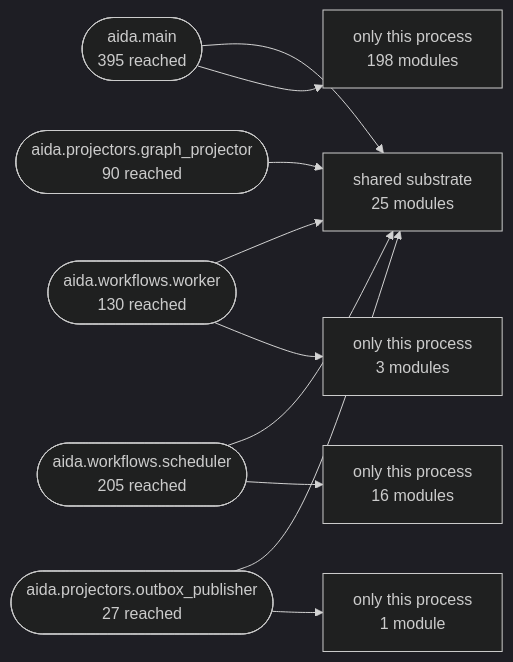
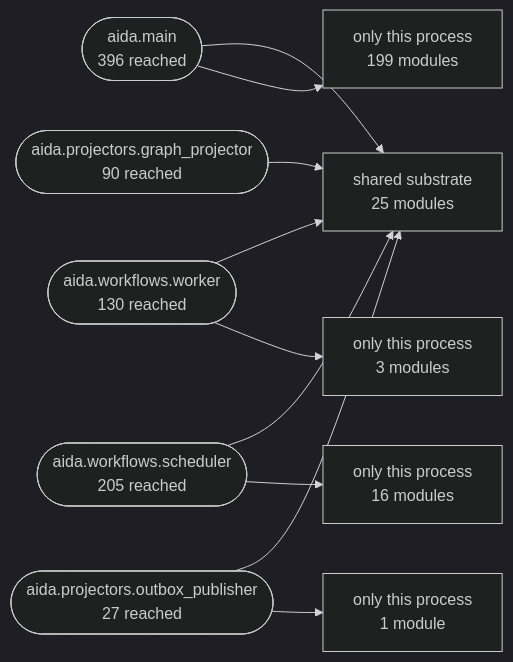
The second of 3 diagrams in Docs/10-architecture/14-generated-architecture-map.md (karuppusamym/AIDataAnalyst), drawn with Mermaid (dark theme) before and after one commit. The commit also changed other lines of this file and 14 other files, not shown here.

````diff
--- a/Docs/10-architecture/14-generated-architecture-map.md
+++ b/Docs/10-architecture/14-generated-architecture-map.md
@@ -178,22 +178,22 @@
 ```mermaid
 graph LR
   shared["shared substrate<br/>25 modules"]
-  aida_main(["aida.main<br/>395 reached"])
+  aida_main(["aida.main<br/>396 reached"])
   aida_workflows_worker(["aida.workflows.worker<br/>130 reached"])
   aida_workflows_scheduler(["aida.workflows.scheduler<br/>205 reached"])
   aida_projectors_graph_projector(["aida.projectors.graph_projector<br/>90 reached"])
   aida_projectors_outbox_publisher(["aida.projectors.outbox_publisher<br/>27 reached"])
   aida_main --> shared
-  only_aida_main["only this process<br/>198 modules"]
+  only_aida_main["only this process<br/>199 modules"]
   aida_main --> only_aida_main
   aida_workflows_worker --> shared
   only_aida_workflows_worker["only this process<br/>3 modules"]
   aida_workflows_worker --> only_aida_workflows_worker
   aida_workflows_scheduler --> shared
   only_aida_workflows_scheduler["only this process<br/>16 modules"]
   aida_workflows_scheduler --> only_aida_workflows_scheduler
   aida_projectors_graph_projector --> shared
   aida_projectors_outbox_publisher --> shared
   only_aida_projectors_outbox_publisher["only this process<br/>1 module"]
   aida_projectors_outbox_publisher --> only_aida_projectors_outbox_publisher
 ```
````
